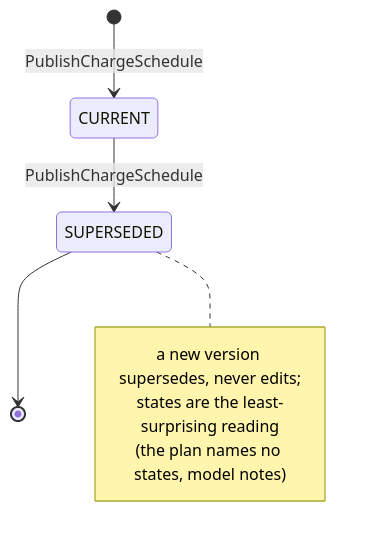
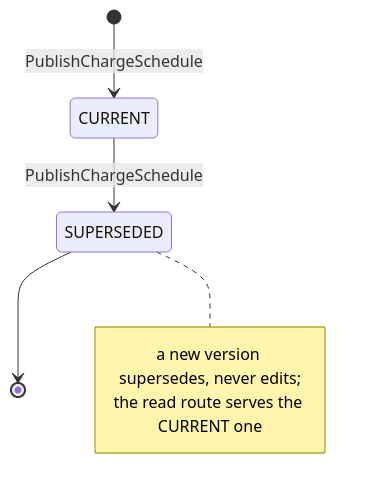
One commit to IQVO/warehouse-docs changed the second of 4 diagrams in storefront/docs/contexts/pricing/aggregate-design-canvas.md. Above: the diagram before and after it, drawn with Mermaid. The commit also changed other lines of this file and 1 other file, not shown here.

Commit message:
docs(storefront): model-fix 2/7 - pricing pack: close withdraw/cancel/expiry/request-field hotspots (partial: eventstorming + aggregate canvas)

````diff
--- a/storefront/docs/contexts/pricing/aggregate-design-canvas.md
+++ b/storefront/docs/contexts/pricing/aggregate-design-canvas.md
@@ -134,11 +137,10 @@
 ```mermaid
 stateDiagram-v2
     [*] --> CURRENT: PublishChargeSchedule
     CURRENT --> SUPERSEDED: PublishChargeSchedule
     SUPERSEDED --> [*]
     note right of SUPERSEDED
         a new version supersedes, never edits;
-        states are the least-surprising reading
-        (the plan names no states, model notes)
+        the read route serves the CURRENT one
     end note
 ```
````
